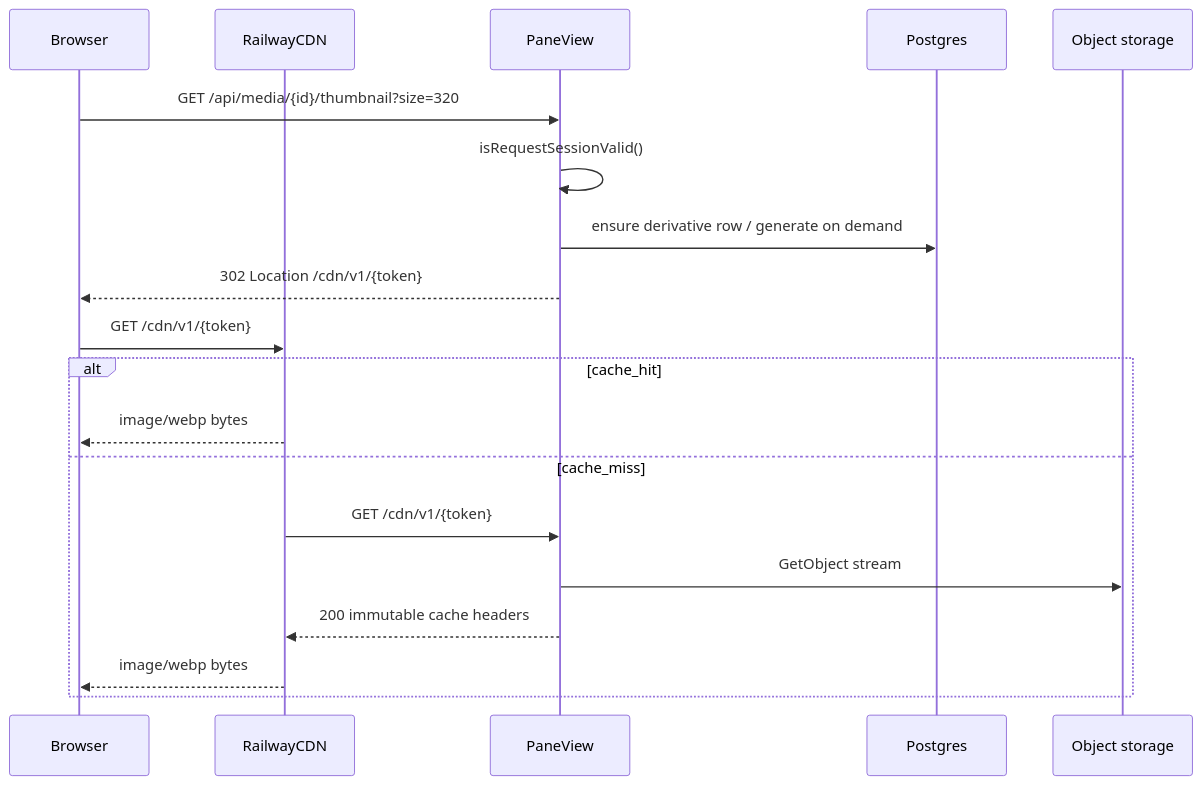
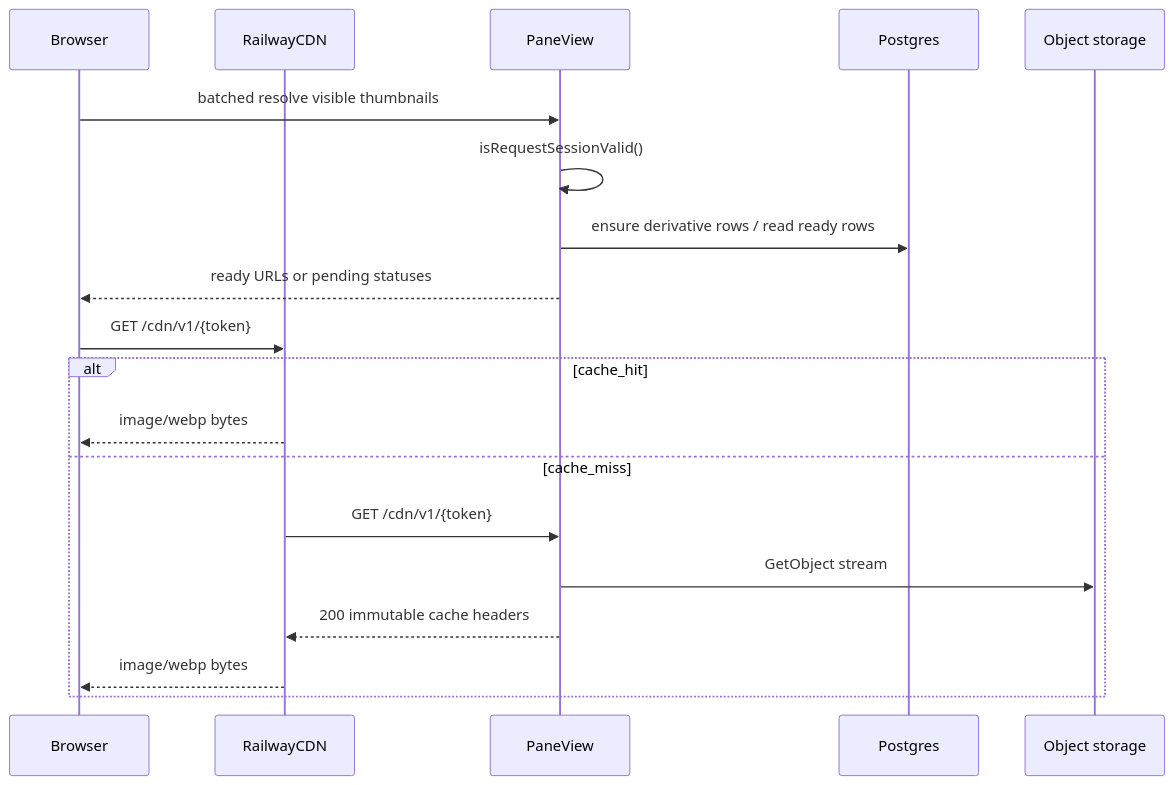
The sixth of 6 diagrams in docs/end-to-end-request-flow.md (Traydr/latch-works), drawn with Mermaid before and after one commit. The commit also changed other lines of this file and 30 other files, not shown here.

First line of the commit message:
Fix media optimizer queue and thumbnail delivery

````diff
--- a/docs/end-to-end-request-flow.md
+++ b/docs/end-to-end-request-flow.md
@@ -274,22 +274,22 @@
 ```mermaid
 sequenceDiagram
   participant Browser
   participant CDN as RailwayCDN
   participant PV as PaneView
   participant DB as Postgres
   participant S3 as Object storage
 
-  Browser->>PV: GET /api/media/{id}/thumbnail?size=320
+  Browser->>PV: batched resolve visible thumbnails
   PV->>PV: isRequestSessionValid()
-  PV->>DB: ensure derivative row / generate on demand
-  PV-->>Browser: 302 Location /cdn/v1/{token}
+  PV->>DB: ensure derivative rows / read ready rows
+  PV-->>Browser: ready URLs or pending statuses
   Browser->>CDN: GET /cdn/v1/{token}
   alt cache_hit
     CDN-->>Browser: image/webp bytes
   else cache_miss
     CDN->>PV: GET /cdn/v1/{token}
     PV->>S3: GetObject stream
     PV-->>CDN: 200 immutable cache headers
     CDN-->>Browser: image/webp bytes
   end
 ```
````
